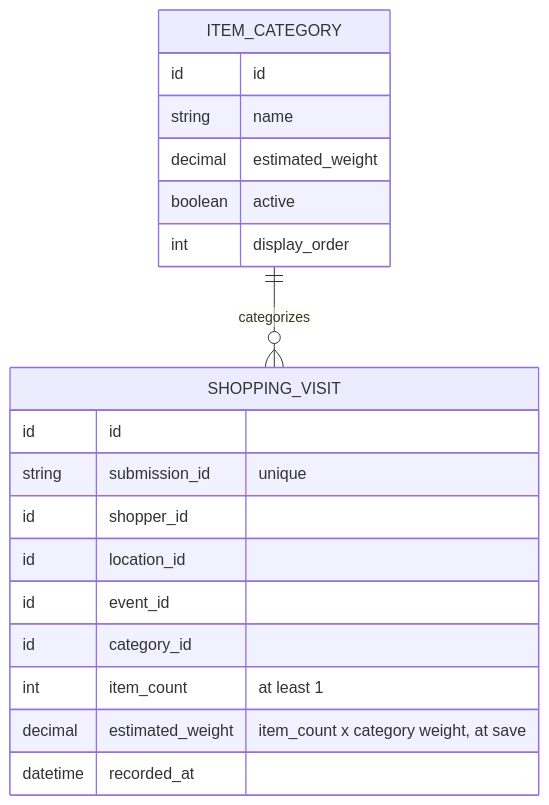
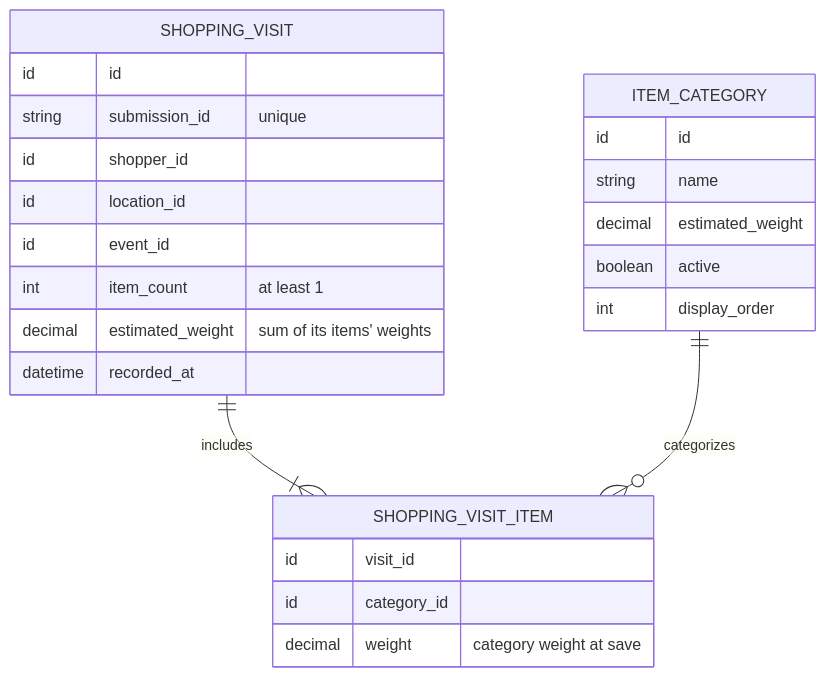
Before and after one commit to evelyntrann/cosc-40943-team-3-refrog: the third of 3 diagrams in docs/design/shp.md, drawn with Mermaid. The commit also changed other lines of this file, not shown here.

Commit message:
Changing the use case for shopper area to have category as a required field

````diff
--- a/docs/design/shp.md
+++ b/docs/design/shp.md
@@ -259,22 +268,27 @@
 ```mermaid
 erDiagram
-    ITEM_CATEGORY ||--o{ SHOPPING_VISIT : "categorizes"
+    SHOPPING_VISIT ||--|{ SHOPPING_VISIT_ITEM : "includes"
+    ITEM_CATEGORY ||--o{ SHOPPING_VISIT_ITEM : "categorizes"
     ITEM_CATEGORY {
         id id
         string name
         decimal estimated_weight
         boolean active
         int display_order
     }
     SHOPPING_VISIT {
         id id
         string submission_id "unique"
         id shopper_id
         id location_id
         id event_id
-        id category_id
         int item_count "at least 1"
-        decimal estimated_weight "item_count x category weight, at save"
+        decimal estimated_weight "sum of its items' weights"
         datetime recorded_at
     }
+    SHOPPING_VISIT_ITEM {
+        id visit_id
+        id category_id
+        decimal weight "category weight at save"
+    }
 ```
````
